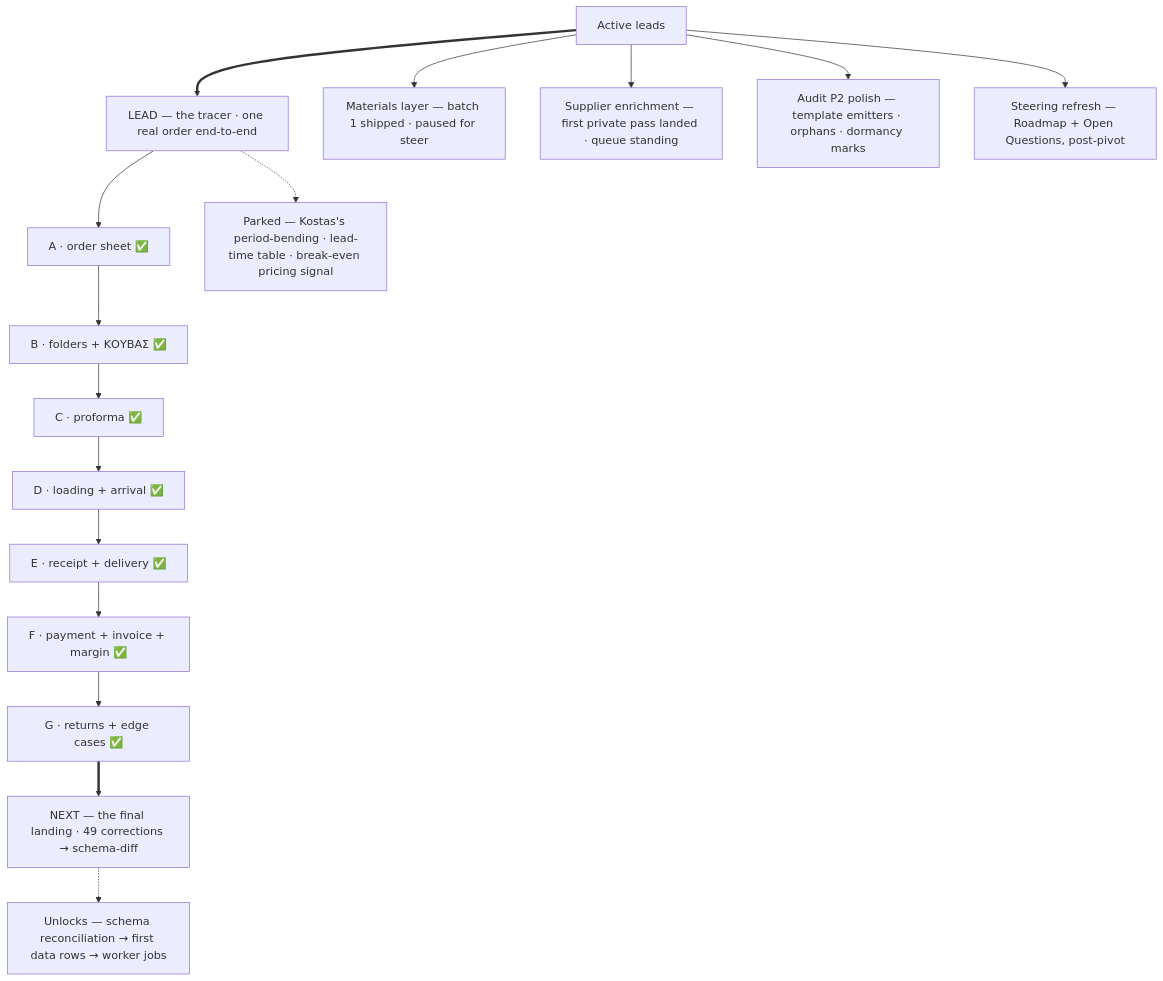
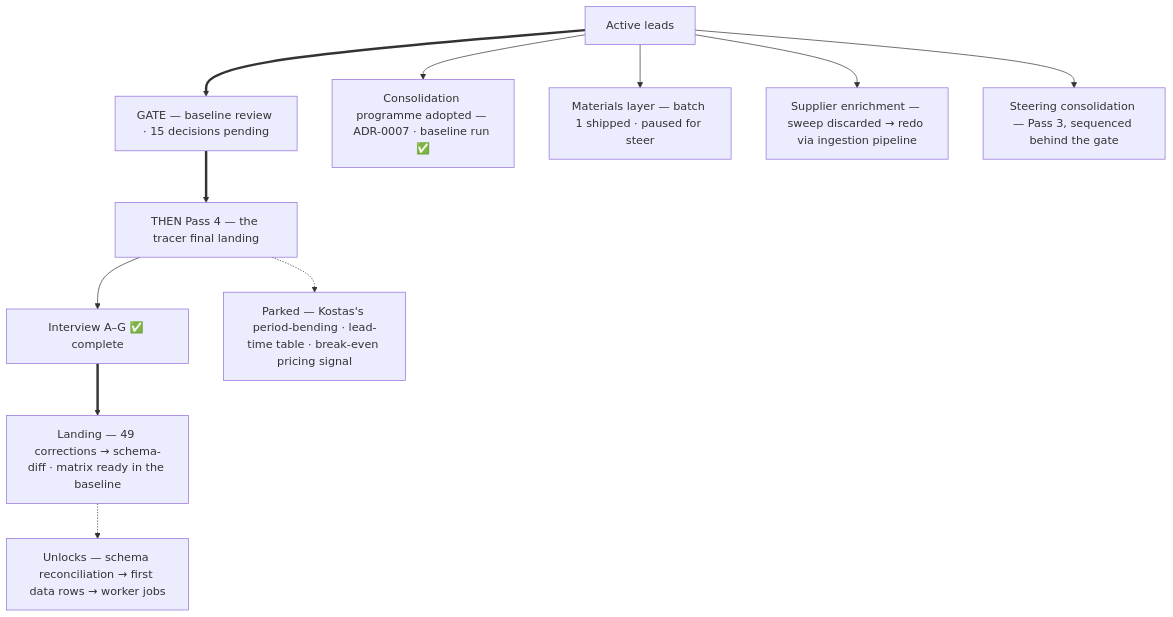
One commit to OrfeasDelis/afoi-deli-vault changed the fourth of 4 diagrams in README.md. Above: the diagram before and after it, drawn with Mermaid. The commit also changed other lines of this file and 17 other files, not shown here.

Commit message:
docs: first consolidation baseline (Pass 0-2) — 49-correction matrix, overlap + canonical registries, baseline report; analysis v1.4 (leak fixes + suite refresh); session log

````diff
--- a/README.md
+++ b/README.md
@@ -105,18 +106,13 @@
 ```mermaid
 graph TD
-    leads["Active leads"] ==> tracer["LEAD — the tracer · one real order end-to-end"]
+    leads["Active leads"] ==> gate["GATE — baseline review · 15 decisions pending"]
+    gate ==> tracer["THEN Pass 4 — the tracer final landing"]
+    leads --> prog["Consolidation programme adopted — ADR-0007 · baseline run ✅"]
     leads --> mat["Materials layer — batch 1 shipped · paused for steer"]
-    leads --> enr["Supplier enrichment — first private pass landed · queue standing"]
-    leads --> p2["Audit P2 polish — template emitters · orphans · dormancy marks"]
-    leads --> steer["Steering refresh — Roadmap + Open Questions, post-pivot"]
-    tracer --> ta["A · order sheet ✅"]
-    ta --> tb["B · folders + ΚΟΥΒΑΣ ✅"]
-    tb --> tc["C · proforma ✅"]
-    tc --> td["D · loading + arrival ✅"]
-    td --> te["E · receipt + delivery ✅"]
-    te --> tf["F · payment + invoice + margin ✅"]
-    tf --> tg["G · returns + edge cases ✅"]
-    tg ==> landing["NEXT — the final landing · 49 corrections → schema-diff"]
+    leads --> enr["Supplier enrichment — sweep discarded → redo via ingestion pipeline"]
+    leads --> steer["Steering consolidation — Pass 3, sequenced behind the gate"]
+    tracer --> ta["Interview A–G ✅ complete"]
+    ta ==> landing["Landing — 49 corrections → schema-diff · matrix ready in the baseline"]
     tracer -.-> parked["Parked — Kostas's period-bending · lead-time table · break-even pricing signal"]
     landing -.-> unlock["Unlocks — schema reconciliation → first data rows → worker jobs"]
 ```
````
